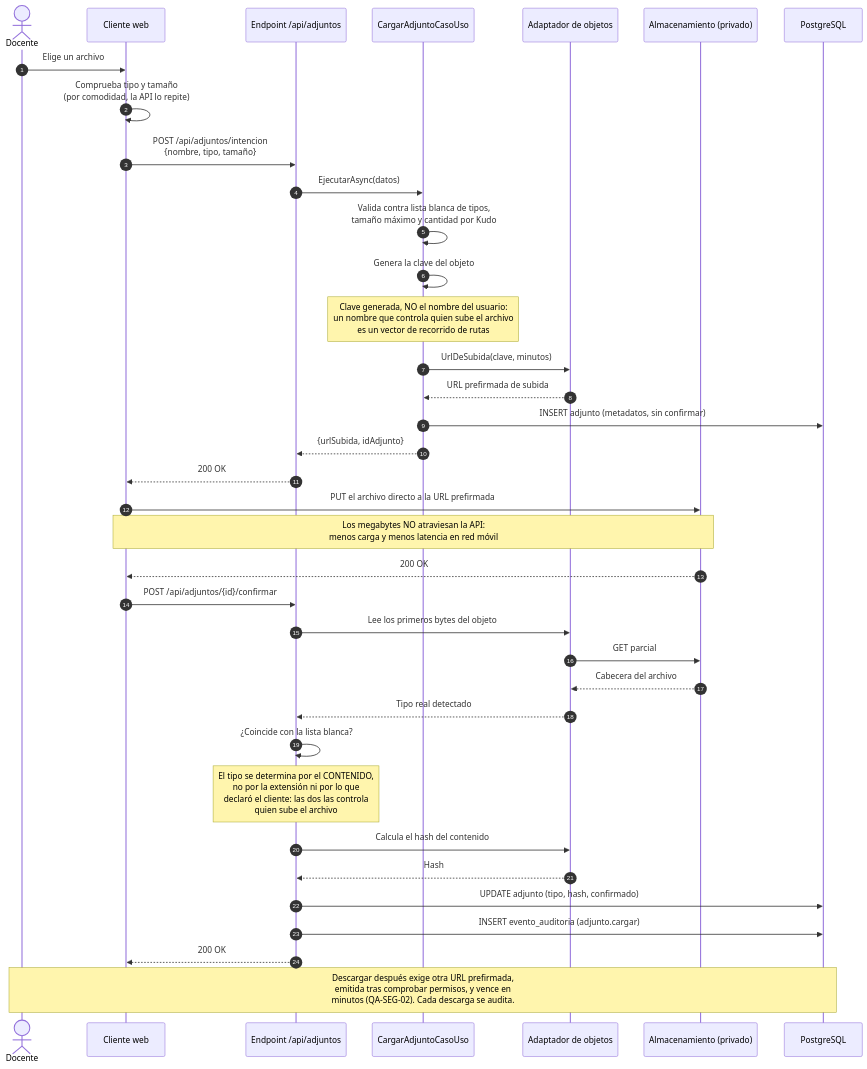
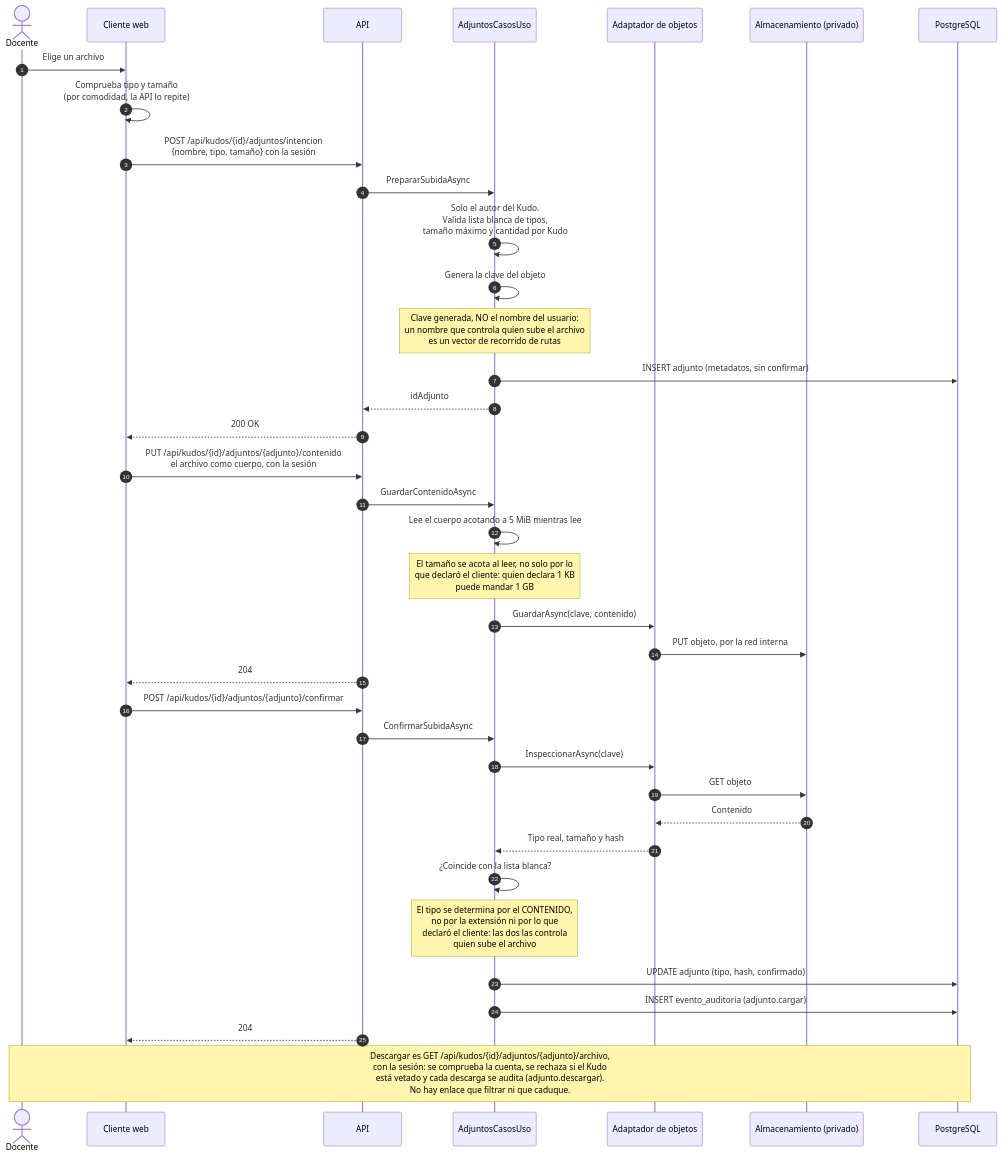
The fifth of 7 diagrams in docs/diagramas/04-diagramas-de-secuencia.md (jhonnyebc/UcoKudos), drawn with Mermaid before and after one commit. The commit also changed other lines of this file and 13 other files, not shown here.

First line of the commit message:
Documentacion: revision del DAS y de los documentos que repetian sus afirmaciones contra lo desplegado

````diff
--- a/docs/diagramas/04-diagramas-de-secuencia.md
+++ b/docs/diagramas/04-diagramas-de-secuencia.md
@@ -234,44 +234,45 @@
 ```mermaid
 sequenceDiagram
     autonumber
     actor Autor as Docente
     participant PWA as Cliente web
-    participant API as Endpoint /api/adjuntos
-    participant CU as CargarAdjuntoCasoUso
+    participant API as API
+    participant CU as AdjuntosCasosUso
     participant Obj as Adaptador de objetos
     participant S3 as Almacenamiento (privado)
     participant BD as PostgreSQL
 
     Autor->>PWA: Elige un archivo
     PWA->>PWA: Comprueba tipo y tamaño<br/>(por comodidad, la API lo repite)
-    PWA->>API: POST /api/adjuntos/intencion<br/>{nombre, tipo, tamaño}
+    PWA->>API: POST /api/kudos/{id}/adjuntos/intencion<br/>{nombre, tipo, tamaño} con la sesión
 
-    API->>CU: EjecutarAsync(datos)
-    CU->>CU: Valida contra lista blanca de tipos,<br/>tamaño máximo y cantidad por Kudo
+    API->>CU: PrepararSubidaAsync
+    CU->>CU: Solo el autor del Kudo.<br/>Valida lista blanca de tipos,<br/>tamaño máximo y cantidad por Kudo
     CU->>CU: Genera la clave del objeto
     Note over CU: Clave generada, NO el nombre del usuario:<br/>un nombre que controla quien sube el archivo<br/>es un vector de recorrido de rutas
-    CU->>Obj: UrlDeSubida(clave, minutos)
-    Obj-->>CU: URL prefirmada de subida
     CU->>BD: INSERT adjunto (metadatos, sin confirmar)
-    CU-->>API: {urlSubida, idAdjunto}
+    CU-->>API: idAdjunto
     API-->>PWA: 200 OK
 
-    PWA->>S3: PUT el archivo directo a la URL prefirmada
-    Note over PWA,S3: Los megabytes NO atraviesan la API:<br/>menos carga y menos latencia en red móvil
-    S3-->>PWA: 200 OK
+    PWA->>API: PUT /api/kudos/{id}/adjuntos/{adjunto}/contenido<br/>el archivo como cuerpo, con la sesión
+    API->>CU: GuardarContenidoAsync
+    CU->>CU: Lee el cuerpo acotando a 5 MiB mientras lee
+    Note over CU: El tamaño se acota al leer, no solo por lo<br/>que declaró el cliente: quien declara 1 KB<br/>puede mandar 1 GB
+    CU->>Obj: GuardarAsync(clave, contenido)
+    Obj->>S3: PUT objeto, por la red interna
+    API-->>PWA: 204
 
-    PWA->>API: POST /api/adjuntos/{id}/confirmar
-    API->>Obj: Lee los primeros bytes del objeto
-    Obj->>S3: GET parcial
-    S3-->>Obj: Cabecera del archivo
-    Obj-->>API: Tipo real detectado
-    API->>API: ¿Coincide con la lista blanca?
-    Note over API: El tipo se determina por el CONTENIDO,<br/>no por la extensión ni por lo que<br/>declaró el cliente: las dos las controla<br/>quien sube el archivo
-    API->>Obj: Calcula el hash del contenido
-    Obj-->>API: Hash
-    API->>BD: UPDATE adjunto (tipo, hash, confirmado)
-    API->>BD: INSERT evento_auditoria (adjunto.cargar)
-    API-->>PWA: 200 OK
+    PWA->>API: POST /api/kudos/{id}/adjuntos/{adjunto}/confirmar
+    API->>CU: ConfirmarSubidaAsync
+    CU->>Obj: InspeccionarAsync(clave)
+    Obj->>S3: GET objeto
+    S3-->>Obj: Contenido
+    Obj-->>CU: Tipo real, tamaño y hash
+    CU->>CU: ¿Coincide con la lista blanca?
+    Note over CU: El tipo se determina por el CONTENIDO,<br/>no por la extensión ni por lo que<br/>declaró el cliente: las dos las controla<br/>quien sube el archivo
+    CU->>BD: UPDATE adjunto (tipo, hash, confirmado)
+    CU->>BD: INSERT evento_auditoria (adjunto.cargar)
+    API-->>PWA: 204
 
-    Note over Autor,BD: Descargar después exige otra URL prefirmada,<br/>emitida tras comprobar permisos, y vence en<br/>minutos (QA-SEG-02). Cada descarga se audita.
+    Note over Autor,BD: Descargar es GET /api/kudos/{id}/adjuntos/{adjunto}/archivo,<br/>con la sesión: se comprueba la cuenta, se rechaza si el Kudo<br/>está vetado y cada descarga se audita (adjunto.descargar).<br/>No hay enlace que filtrar ni que caduque.
 ```
````
